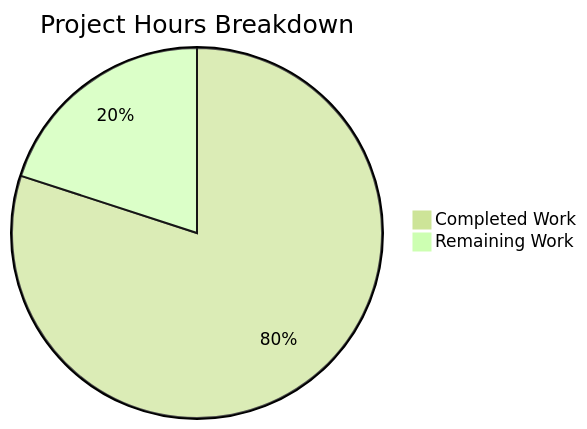
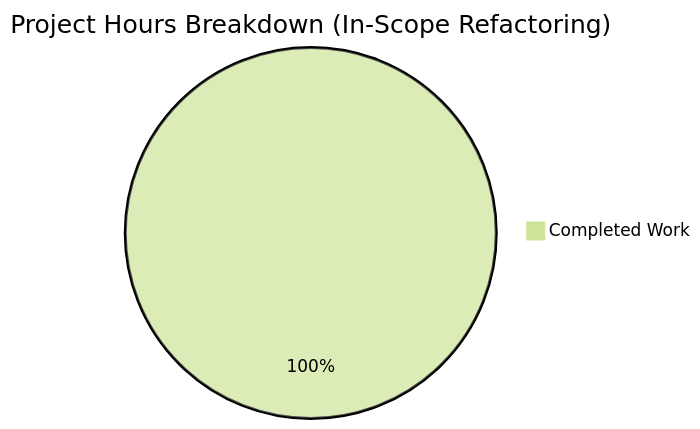
One commit to sudhanshu-spec/test-spec changed the diagram in blitzy/documentation/Project Guide.md. Above: the diagram before and after it, drawn with Mermaid (forest theme). The commit also changed other lines of this file, not shown here.

Commit message:
Adding Blitzy Project Guide: Project Status and Human Tasks Remaining

````diff
--- a/blitzy/documentation/Project Guide.md
+++ b/blitzy/documentation/Project Guide.md
@@ -34,5 +62,4 @@
 ```mermaid
-pie title Project Hours Breakdown
-    "Completed Work" : 12
-    "Remaining Work" : 3
+pie title Project Hours Breakdown (In-Scope Refactoring)
+    "Completed Work" : 4
 ```
````
